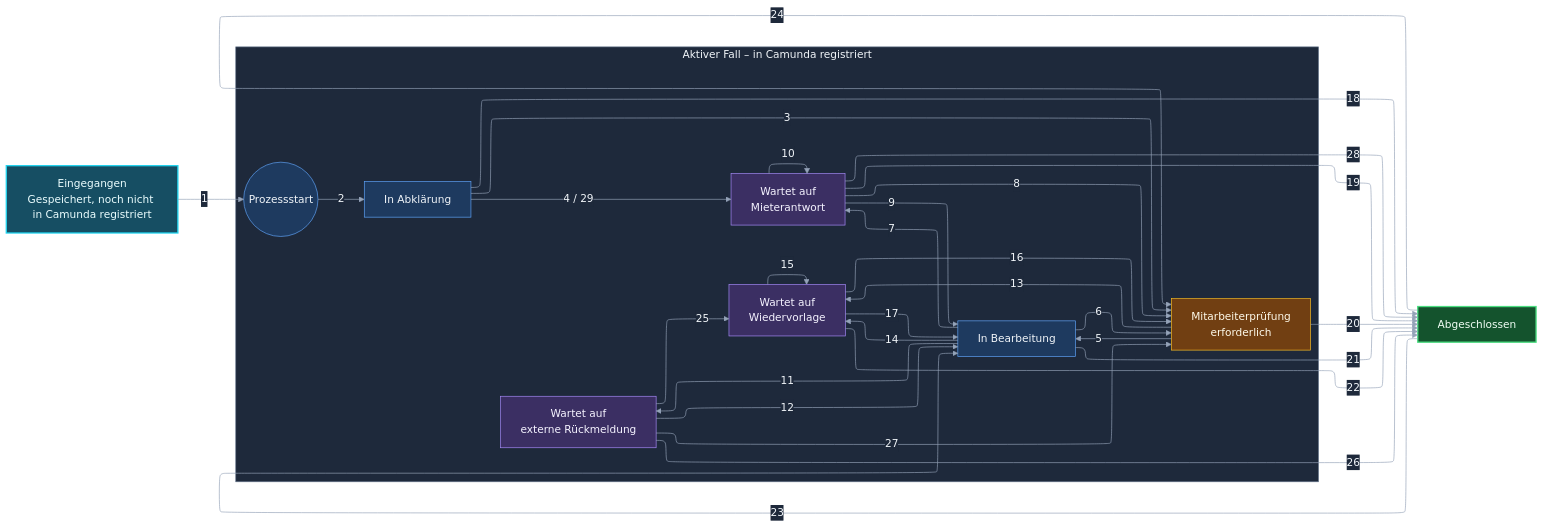
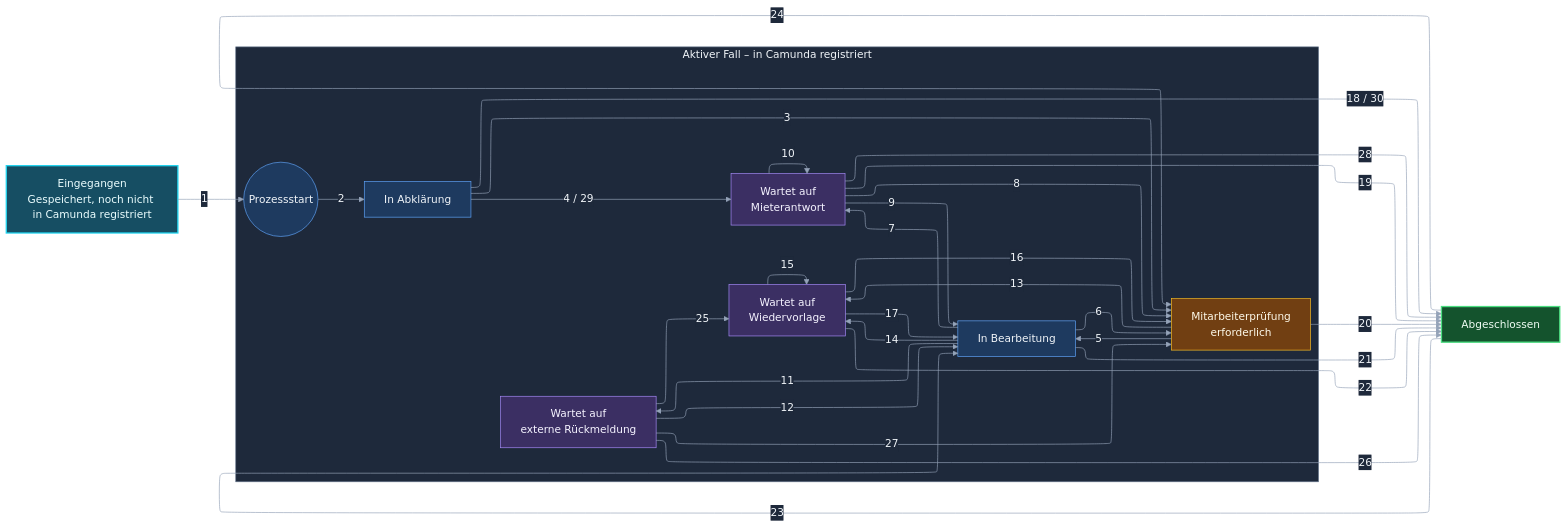
One commit to permarco/propertyflow changed the diagram in docs/specifications/fallverwaltung.md. Above: the diagram before and after it, drawn with Mermaid. The commit also changed other lines of this file and 4 other files, not shown here.

````diff
--- a/docs/specifications/fallverwaltung.md
+++ b/docs/specifications/fallverwaltung.md
@@ -96,59 +96,59 @@
 ```mermaid
 %%{init: {"flowchart":{"curve":"basis","nodeSpacing":42,"rankSpacing":55},"layout":"elk","theme": "base", "themeVariables": {"darkMode": true, "background": "#0f172a", "primaryColor": "#1e3a5f", "primaryTextColor": "#f1f5f9", "primaryBorderColor": "#60a5fa", "lineColor": "#94a3b8", "textColor": "#f1f5f9", "edgeLabelBackground": "#1e293b", "clusterBkg": "#1e293b", "clusterBorder": "#64748b"}}}%%
 flowchart LR
     E["Eingegangen<br/>Gespeichert, noch nicht in Camunda registriert"]
     subgraph Aktiv["Aktiver Fall – in Camunda registriert"]
         direction LR
         Start(("Prozessstart"))
         A["In Abklärung"]
         M["Wartet auf<br/>Mieterantwort"]
         X["Wartet auf<br/>externe Rückmeldung"]
         W["Wartet auf<br/>Wiedervorlage"]
         B["In Bearbeitung"]
         P["Mitarbeiterprüfung<br/>erforderlich"]
     end
     Z["Abgeschlossen"]
     E -->|"1"| Start
     Start -->|"2"| A
     A -->|"4 / 29"| M
     M -->|"9"| B
     W -->|"17"| B
     B -->|"6"| P
     A -->|"3"| P
     P -->|"5"| B
     B -->|"7"| M
     M -->|"8"| P
     M -->|"10"| M
     B -->|"11"| X
     X -->|"12"| B
     X -->|"25"| W
     X -->|"26"| Z
     X -->|"27"| P
     M -->|"28"| Z
     P -->|"13"| W
     B -->|"14"| W
     W -->|"15"| W
     W -->|"16"| P
-    A -->|"18"| Z
+    A -->|"18 / 30"| Z
     M -->|"19"| Z
     P -->|"20"| Z
     B -->|"21"| Z
     W -->|"22"| Z
     Z -->|"23"| B
     Z -->|"24"| P
     %% Unsichtbare Verbindungen richten die Wartezustände aus.
     A ~~~ X
     A ~~~ W
     X ~~~ B
     M ~~~ B
     W ~~~ B
     classDef processing fill:#1e3a5f,stroke:#60a5fa,color:#f1f5f9
     classDef waiting fill:#3b2f63,stroke:#a78bfa,color:#f5f3ff
     classDef review fill:#713f12,stroke:#fbbf24,color:#fffbeb
     class A,B,Start processing
     class M,X,W waiting
     class P review
     style E fill:#164e63,stroke:#22d3ee,color:#ecfeff,stroke-width:2px
     style Z fill:#14532d,stroke:#4ade80,color:#f0fdf4,stroke-width:2px
     style Aktiv fill:#1e293b,stroke:#64748b,color:#f1f5f9
 ```
````
